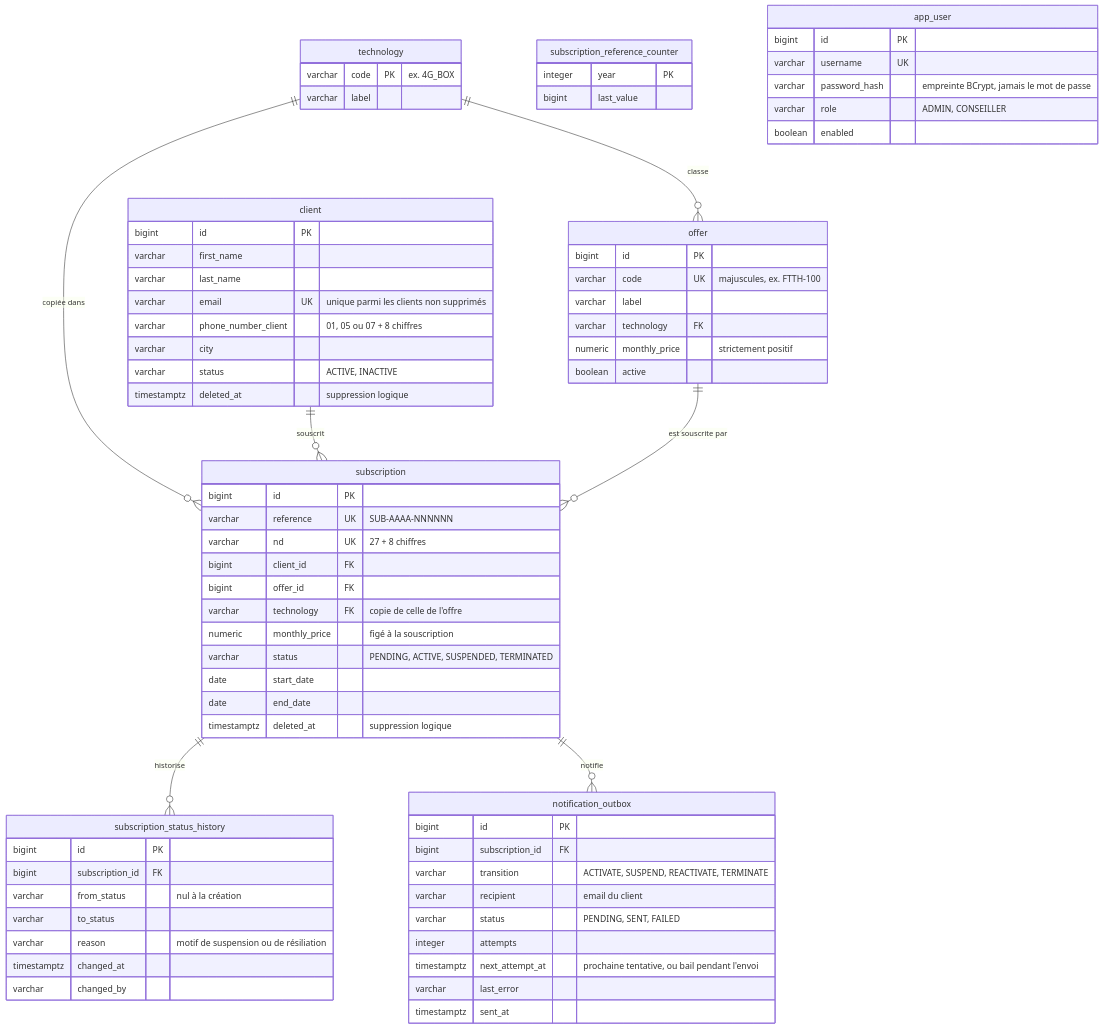
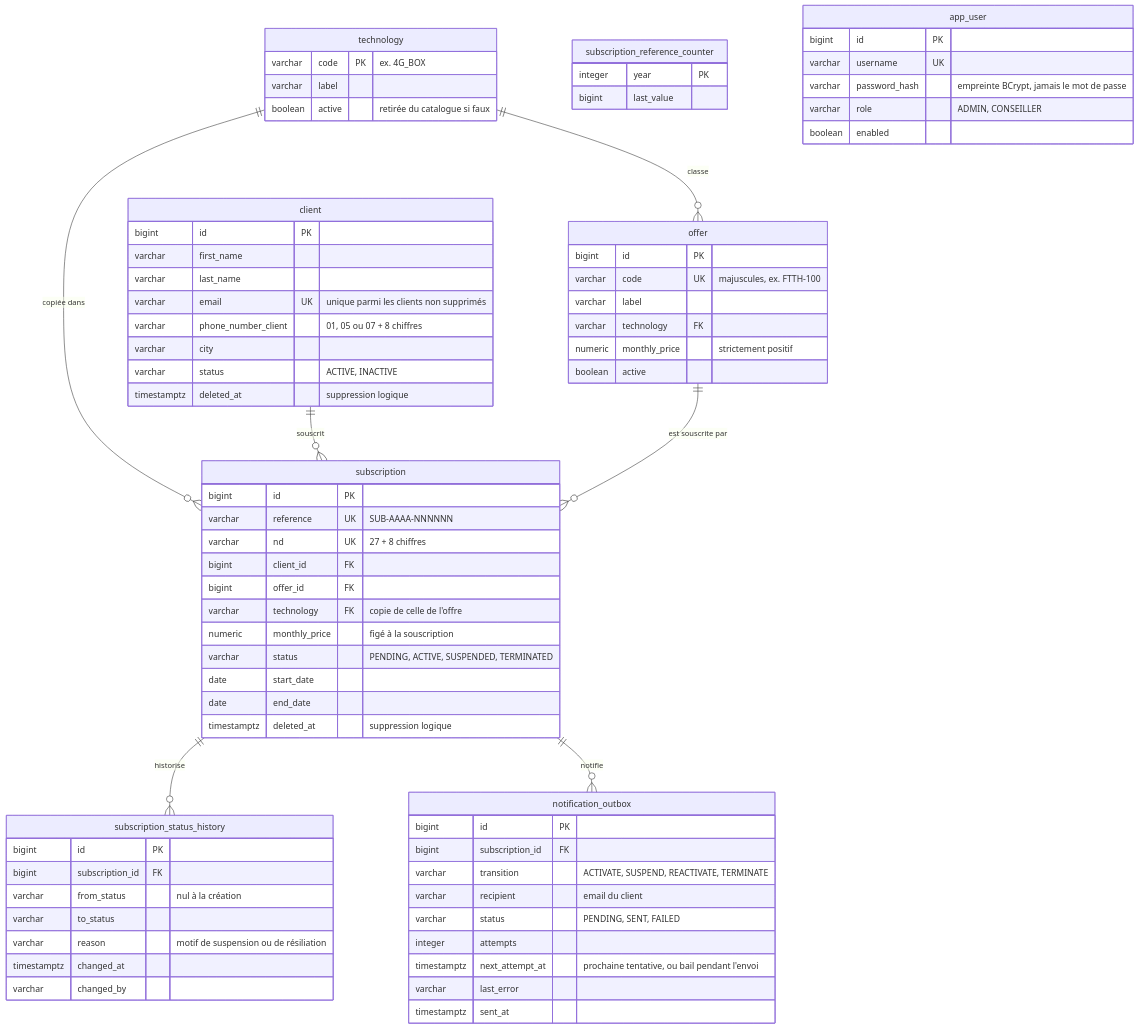
Before and after one commit to Ultimatu/subscription-test-api: the diagram in docs/base-de-donnees.md, drawn with Mermaid. The commit also changed other lines of this file and 26 other files, not shown here.

````diff
--- a/docs/base-de-donnees.md
+++ b/docs/base-de-donnees.md
@@ -7,76 +7,77 @@
 ```mermaid
 erDiagram
     technology ||--o{ offer : "classe"
     technology ||--o{ subscription : "copiée dans"
     client ||--o{ subscription : "souscrit"
     offer ||--o{ subscription : "est souscrite par"
     subscription ||--o{ subscription_status_history : "historise"
     subscription ||--o{ notification_outbox : "notifie"
 
     technology {
         varchar code PK "ex. 4G_BOX"
         varchar label
+        boolean active "retirée du catalogue si faux"
     }
     offer {
         bigint id PK
         varchar code UK "majuscules, ex. FTTH-100"
         varchar label
         varchar technology FK
         numeric monthly_price "strictement positif"
         boolean active
     }
     client {
         bigint id PK
         varchar first_name
         varchar last_name
         varchar email UK "unique parmi les clients non supprimés"
         varchar phone_number_client "01, 05 ou 07 + 8 chiffres"
         varchar city
         varchar status "ACTIVE, INACTIVE"
         timestamptz deleted_at "suppression logique"
     }
     subscription {
         bigint id PK
         varchar reference UK "SUB-AAAA-NNNNNN"
         varchar nd UK "27 + 8 chiffres"
         bigint client_id FK
         bigint offer_id FK
         varchar technology FK "copie de celle de l'offre"
         numeric monthly_price "figé à la souscription"
         varchar status "PENDING, ACTIVE, SUSPENDED, TERMINATED"
         date start_date
         date end_date
         timestamptz deleted_at "suppression logique"
     }
     subscription_status_history {
         bigint id PK
         bigint subscription_id FK
         varchar from_status "nul à la création"
         varchar to_status
         varchar reason "motif de suspension ou de résiliation"
         timestamptz changed_at
         varchar changed_by
     }
     notification_outbox {
         bigint id PK
         bigint subscription_id FK
         varchar transition "ACTIVATE, SUSPEND, REACTIVATE, TERMINATE"
         varchar recipient "email du client"
         varchar status "PENDING, SENT, FAILED"
         integer attempts
         timestamptz next_attempt_at "prochaine tentative, ou bail pendant l'envoi"
         varchar last_error
         timestamptz sent_at
     }
     subscription_reference_counter {
         integer year PK
         bigint last_value
     }
     app_user {
         bigint id PK
         varchar username UK
         varchar password_hash "empreinte BCrypt, jamais le mot de passe"
         varchar role "ADMIN, CONSEILLER"
         boolean enabled
     }
 ```
````
